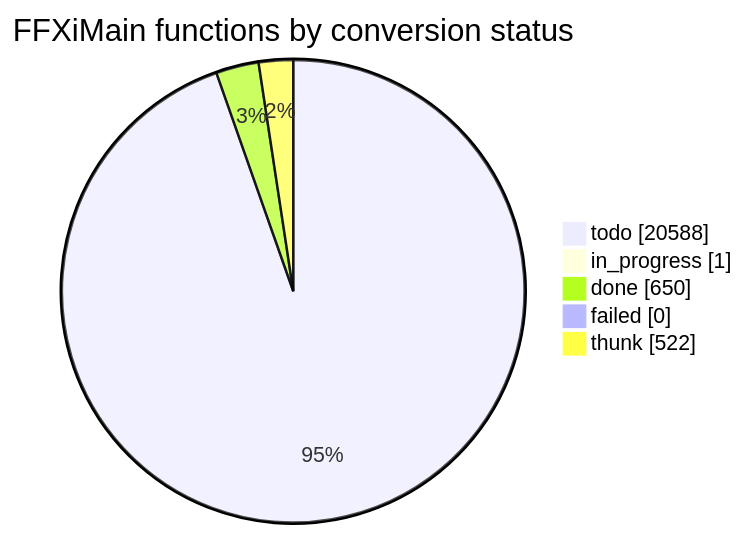
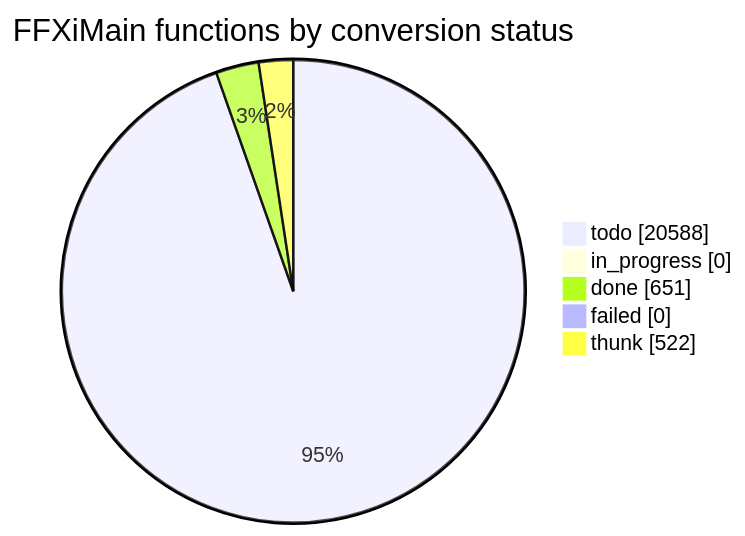
The diagram in docs/cow/STATUS.md (cowrevenge/cow_kuluu_xi_anything), drawn with Mermaid before and after one commit. The commit also changed other lines of this file and 9 other files, not shown here.

````diff
--- a/docs/cow/STATUS.md
+++ b/docs/cow/STATUS.md
@@ -18,9 +18,9 @@
 ```mermaid
 pie showData
     title FFXiMain functions by conversion status
     "todo" : 20588
-    "in_progress" : 1
-    "done" : 650
+    "in_progress" : 0
+    "done" : 651
     "failed" : 0
     "thunk" : 522
 ```
````
